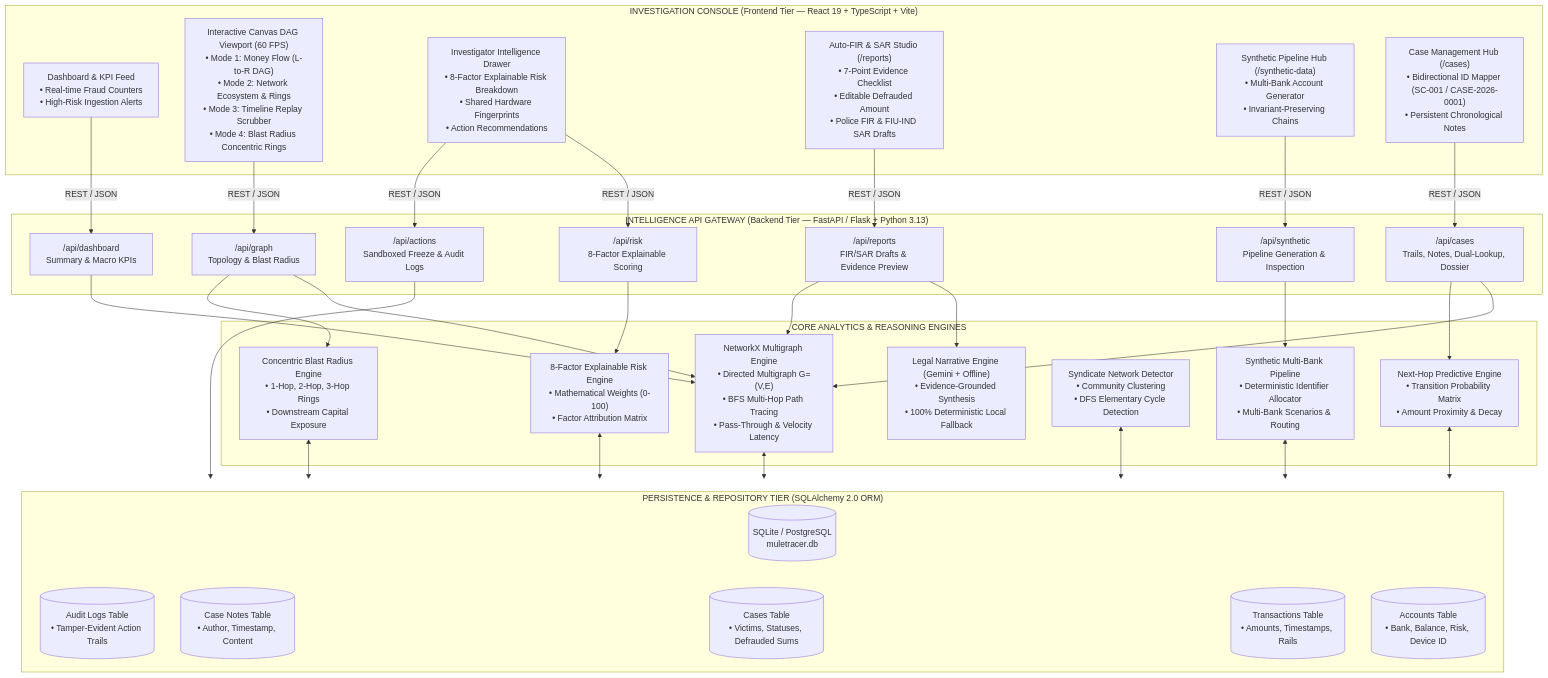
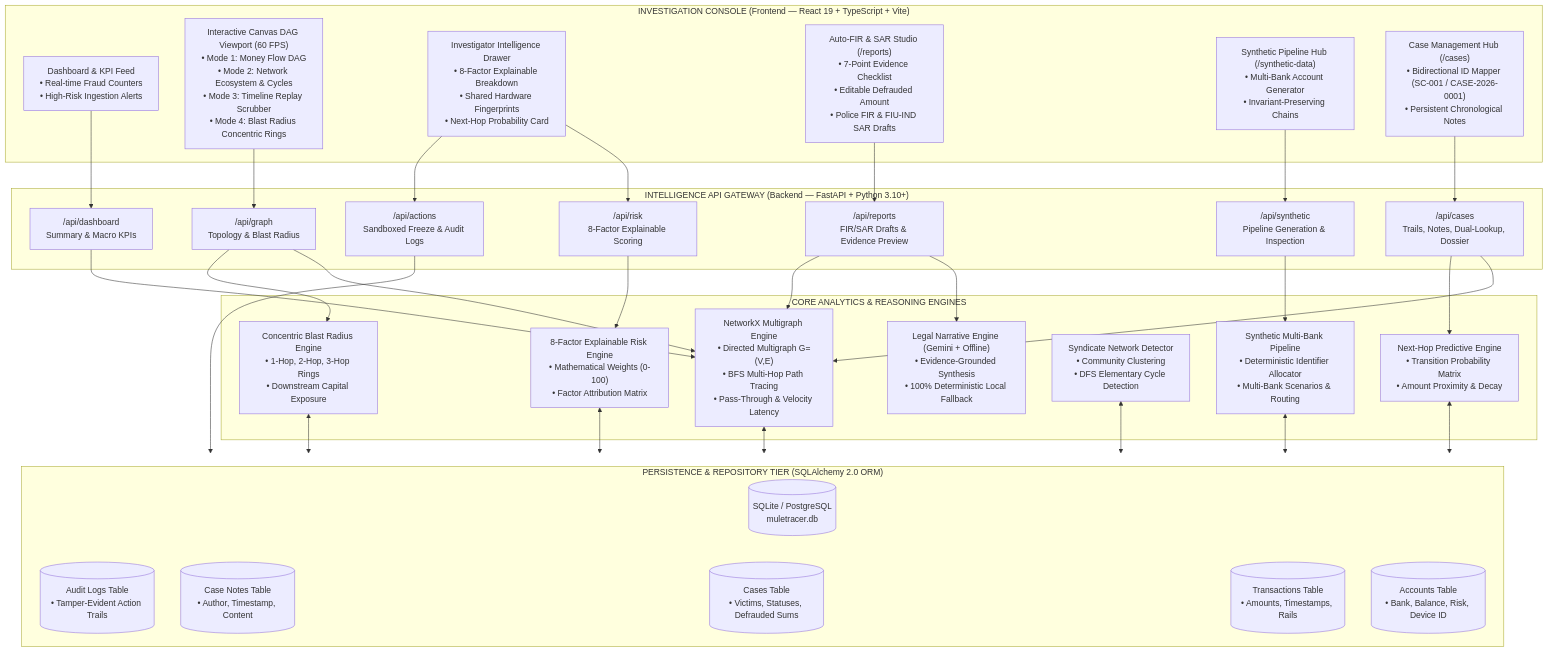
Before and after one commit to cybernautscseevents/HTF-08: the first of 2 diagrams in README.md, drawn with Mermaid. The commit also changed other lines of this file, not shown here.

````diff
--- a/README.md
+++ b/README.md
@@ -246,76 +230,72 @@
 ```mermaid
 flowchart TB
-    subgraph CLIENT["INVESTIGATION CONSOLE (Frontend Tier — React 19 + TypeScript + Vite)"]
+    subgraph CLIENT["INVESTIGATION CONSOLE (Frontend — React 19 + TypeScript + Vite)"]
         UI_DASH["Dashboard & KPI Feed<br/>• Real-time Fraud Counters<br/>• High-Risk Ingestion Alerts"]
-        UI_CANVAS["Interactive Canvas DAG Viewport (60 FPS)<br/>• Mode 1: Money Flow (L-to-R DAG)<br/>• Mode 2: Network Ecosystem & Rings<br/>• Mode 3: Timeline Replay Scrubber<br/>• Mode 4: Blast Radius Concentric Rings"]
-        UI_PANEL["Investigator Intelligence Drawer<br/>• 8-Factor Explainable Risk Breakdown<br/>• Shared Hardware Fingerprints<br/>• Action Recommendations"]
+        UI_CANVAS["Interactive Canvas DAG Viewport (60 FPS)<br/>• Mode 1: Money Flow DAG<br/>• Mode 2: Network Ecosystem & Cycles<br/>• Mode 3: Timeline Replay Scrubber<br/>• Mode 4: Blast Radius Concentric Rings"]
+        UI_PANEL["Investigator Intelligence Drawer<br/>• 8-Factor Explainable Breakdown<br/>• Shared Hardware Fingerprints<br/>• Next-Hop Probability Card"]
         UI_FIR["Auto-FIR & SAR Studio (/reports)<br/>• 7-Point Evidence Checklist<br/>• Editable Defrauded Amount<br/>• Police FIR & FIU-IND SAR Drafts"]
         UI_SYNTH["Synthetic Pipeline Hub (/synthetic-data)<br/>• Multi-Bank Account Generator<br/>• Invariant-Preserving Chains"]
         UI_CASES["Case Management Hub (/cases)<br/>• Bidirectional ID Mapper (SC-001 / CASE-2026-0001)<br/>• Persistent Chronological Notes"]
     end
 
-    subgraph API["INTELLIGENCE API GATEWAY (Backend Tier — FastAPI / Flask + Python 3.13)"]
+    subgraph API["INTELLIGENCE API GATEWAY (Backend — FastAPI + Python 3.10+)"]
         ROUTER_DASH["/api/dashboard<br/>Summary & Macro KPIs"]
         ROUTER_GRAPH["/api/graph<br/>Topology & Blast Radius"]
         ROUTER_RISK["/api/risk<br/>8-Factor Explainable Scoring"]
         ROUTER_CASES["/api/cases<br/>Trails, Notes, Dual-Lookup, Dossier"]
         ROUTER_REPORTS["/api/reports<br/>FIR/SAR Drafts & Evidence Preview"]
         ROUTER_SYNTH["/api/synthetic<br/>Pipeline Generation & Inspection"]
         ROUTER_ACTIONS["/api/actions<br/>Sandboxed Freeze & Audit Logs"]
     end
 
     subgraph ENGINES["CORE ANALYTICS & REASONING ENGINES"]
         ENG_GRAPH["NetworkX Multigraph Engine<br/>• Directed Multigraph G=(V,E)<br/>• BFS Multi-Hop Path Tracing<br/>• Pass-Through & Velocity Latency"]
         ENG_RISK["8-Factor Explainable Risk Engine<br/>• Mathematical Weights (0-100)<br/>• Factor Attribution Matrix"]
         ENG_NEXT["Next-Hop Predictive Engine<br/>• Transition Probability Matrix<br/>• Amount Proximity & Decay"]
         ENG_BLAST["Concentric Blast Radius Engine<br/>• 1-Hop, 2-Hop, 3-Hop Rings<br/>• Downstream Capital Exposure"]
         ENG_NET["Syndicate Network Detector<br/>• Community Clustering<br/>• DFS Elementary Cycle Detection"]
         ENG_LLM["Legal Narrative Engine (Gemini + Offline)<br/>• Evidence-Grounded Synthesis<br/>• 100% Deterministic Local Fallback"]
         ENG_SYNTH["Synthetic Multi-Bank Pipeline<br/>• Deterministic Identifier Allocator<br/>• Multi-Bank Scenarios & Routing"]
     end
 
     subgraph DATA["PERSISTENCE & REPOSITORY TIER (SQLAlchemy 2.0 ORM)"]
         DB[(SQLite / PostgreSQL<br/>muletracer.db)]
         T_ACCTS[("Accounts Table<br/>• Bank, Balance, Risk, Device ID")]
         T_TXNS[("Transactions Table<br/>• Amounts, Timestamps, Rails")]
         T_CASES[("Cases Table<br/>• Victims, Statuses, Defrauded Sums")]
         T_NOTES[("Case Notes Table<br/>• Author, Timestamp, Content")]
         T_AUDIT[("Audit Logs Table<br/>• Tamper-Evident Action Trails")]
     end
 
-    %% Client to API
-    UI_DASH -->|REST / JSON| ROUTER_DASH
-    UI_CANVAS -->|REST / JSON| ROUTER_GRAPH
-    UI_PANEL -->|REST / JSON| ROUTER_RISK
-    UI_CASES -->|REST / JSON| ROUTER_CASES
-    UI_FIR -->|REST / JSON| ROUTER_REPORTS
-    UI_SYNTH -->|REST / JSON| ROUTER_SYNTH
-    UI_PANEL -->|REST / JSON| ROUTER_ACTIONS
+    UI_DASH --> ROUTER_DASH
+    UI_CANVAS --> ROUTER_GRAPH
+    UI_PANEL --> ROUTER_RISK
+    UI_CASES --> ROUTER_CASES
+    UI_FIR --> ROUTER_REPORTS
+    UI_SYNTH --> ROUTER_SYNTH
+    UI_PANEL --> ROUTER_ACTIONS
 
-    %% API to Engines
     ROUTER_DASH --> ENG_GRAPH
     ROUTER_GRAPH --> ENG_GRAPH
     ROUTER_GRAPH --> ENG_BLAST
     ROUTER_RISK --> ENG_RISK
     ROUTER_CASES --> ENG_GRAPH
     ROUTER_CASES --> ENG_NEXT
     ROUTER_REPORTS --> ENG_LLM
     ROUTER_REPORTS --> ENG_GRAPH
     ROUTER_SYNTH --> ENG_SYNTH
     ROUTER_ACTIONS --> DATA
 
-    %% Engines to Persistence
     ENG_GRAPH <--> DATA
     ENG_RISK <--> DATA
     ENG_NEXT <--> DATA
     ENG_BLAST <--> DATA
     ENG_NET <--> DATA
     ENG_SYNTH <--> DATA
 
-    %% Data Tables
     DATA --- T_ACCTS
     DATA --- T_TXNS
     DATA --- T_CASES
     DATA --- T_NOTES
     DATA --- T_AUDIT
 ```
````
